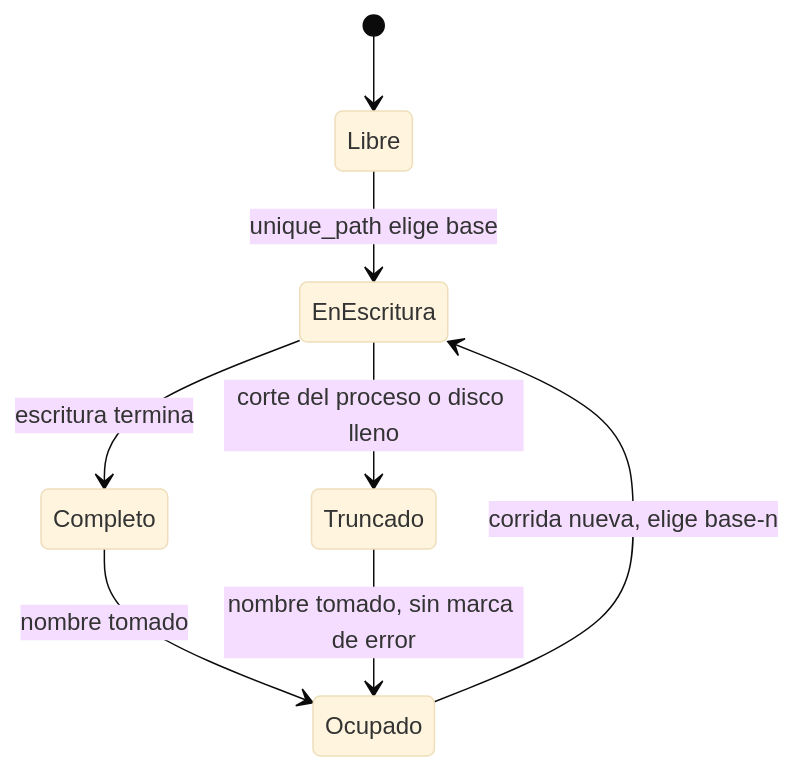
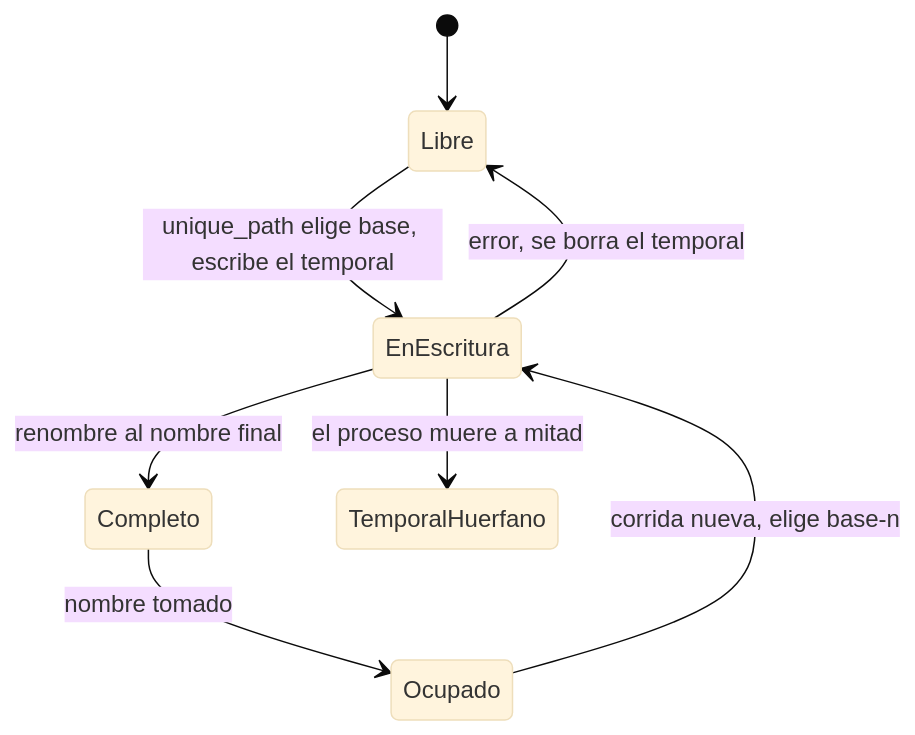
Before and after one commit to kamiru-art/ps_bg_remover: the seventh of 10 diagrams in docs/MAQUINAS_DE_ESTADO.md, drawn with Mermaid (base theme). The commit also changed other lines of this file, not shown here.

````diff
--- a/docs/MAQUINAS_DE_ESTADO.md
+++ b/docs/MAQUINAS_DE_ESTADO.md
@@ -721,10 +825,10 @@
 ```mermaid
 stateDiagram-v2
     [*] --> Libre
-    Libre --> EnEscritura : unique_path elige base
-    EnEscritura --> Completo : escritura termina
-    EnEscritura --> Truncado : corte del proceso o disco lleno
+    Libre --> EnEscritura : unique_path elige base, escribe el temporal
+    EnEscritura --> Completo : renombre al nombre final
+    EnEscritura --> Libre : error, se borra el temporal
+    EnEscritura --> TemporalHuerfano : el proceso muere a mitad
     Completo --> Ocupado : nombre tomado
-    Truncado --> Ocupado : nombre tomado, sin marca de error
     Ocupado --> EnEscritura : corrida nueva, elige base-n
 ```
````
